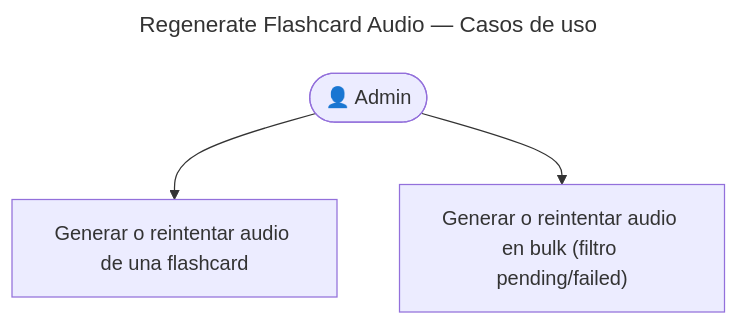
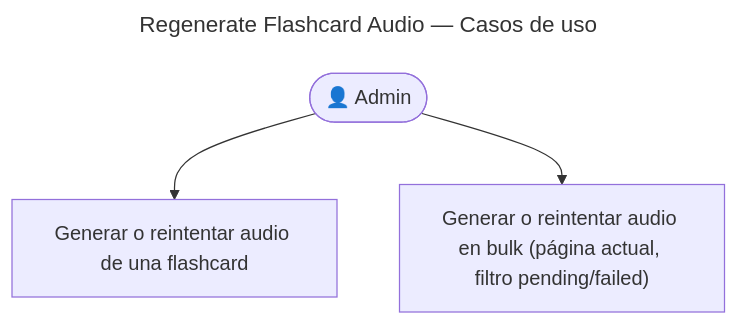
Before and after one commit to AbrahamVilchesDeLaCruz/ididntcatchthat: the diagram in docs/apps/api/content/regenerate-audio/usecases.md, drawn with Mermaid. The commit also changed other lines of this file and 14 other files, not shown here.

First line of the commit message:
feat(flashcards): scope bulk audio regenerate to current page

````diff
--- a/docs/apps/api/content/regenerate-audio/usecases.md
+++ b/docs/apps/api/content/regenerate-audio/usecases.md
@@ -3,13 +3,13 @@
 ```mermaid
 ---
 title: Regenerate Flashcard Audio — Casos de uso
 ---
 graph TB
   Admin(["👤 Admin"])
 
   UC1["Generar o reintentar audio de una flashcard"]
-  UC2["Generar o reintentar audio en bulk (filtro pending/failed)"]
+  UC2["Generar o reintentar audio en bulk (página actual, filtro pending/failed)"]
 
   Admin --> UC1
   Admin --> UC2
 ```
````
